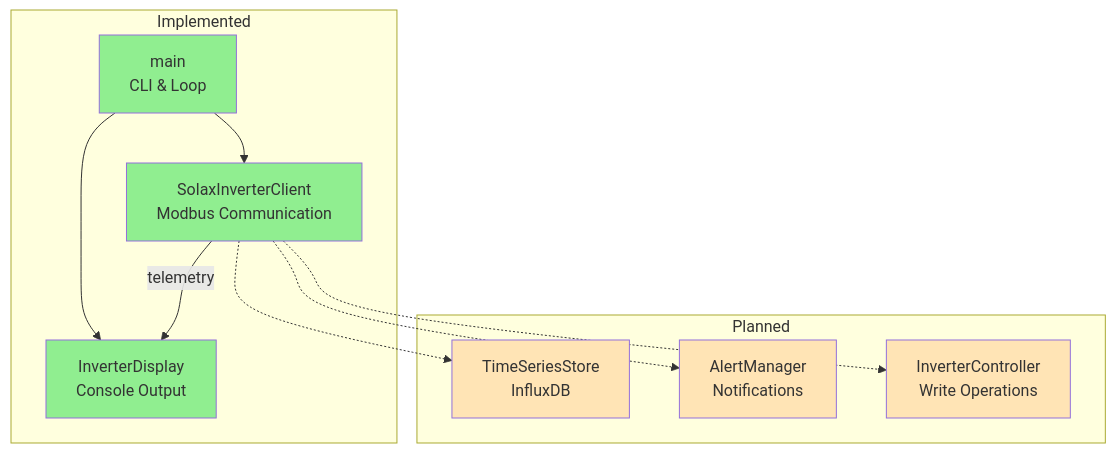
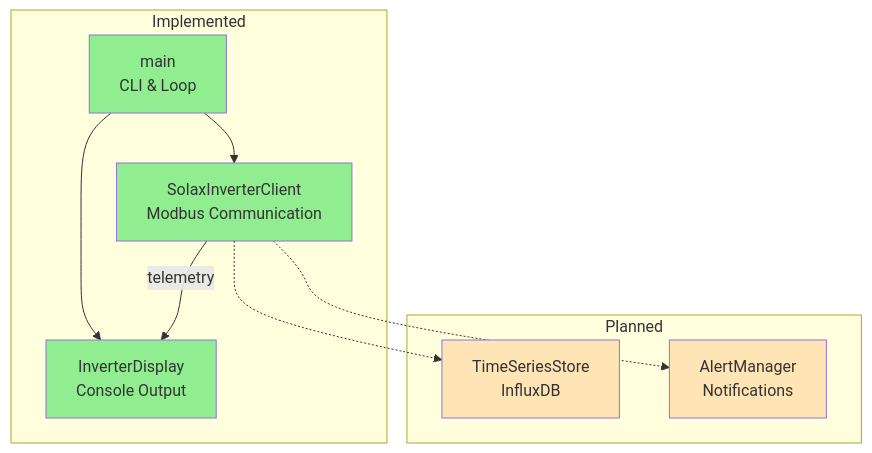
Before and after one commit to William12556/solax-modbus: the second of 4 diagrams in workspace/design/design-0000-master_solax-modbus.md, drawn with Mermaid. The commit also changed other lines of this file and 2 other files, not shown here.

Commit message:
remove Configuration write operations requirements

````diff
--- a/workspace/design/design-0000-master_solax-modbus.md
+++ b/workspace/design/design-0000-master_solax-modbus.md
@@ -143,29 +142,26 @@
 ```mermaid
 flowchart TD
     subgraph "Implemented"
         CLI[main<br/>CLI & Loop]
         CLIENT[SolaxInverterClient<br/>Modbus Communication]
         DISPLAY[InverterDisplay<br/>Console Output]
     end
     
     subgraph "Planned"
         STORE[TimeSeriesStore<br/>InfluxDB]
         MONITOR[AlertManager<br/>Notifications]
-        CONTROL[InverterController<br/>Write Operations]
     end
     
     CLI --> CLIENT
     CLI --> DISPLAY
     CLIENT --> |telemetry| DISPLAY
     
     CLIENT -.-> STORE
     CLIENT -.-> MONITOR
-    CLIENT -.-> CONTROL
     
     style CLI fill:#90EE90
     style CLIENT fill:#90EE90
     style DISPLAY fill:#90EE90
     style STORE fill:#FFE4B5
     style MONITOR fill:#FFE4B5
-    style CONTROL fill:#FFE4B5
 ```
````
